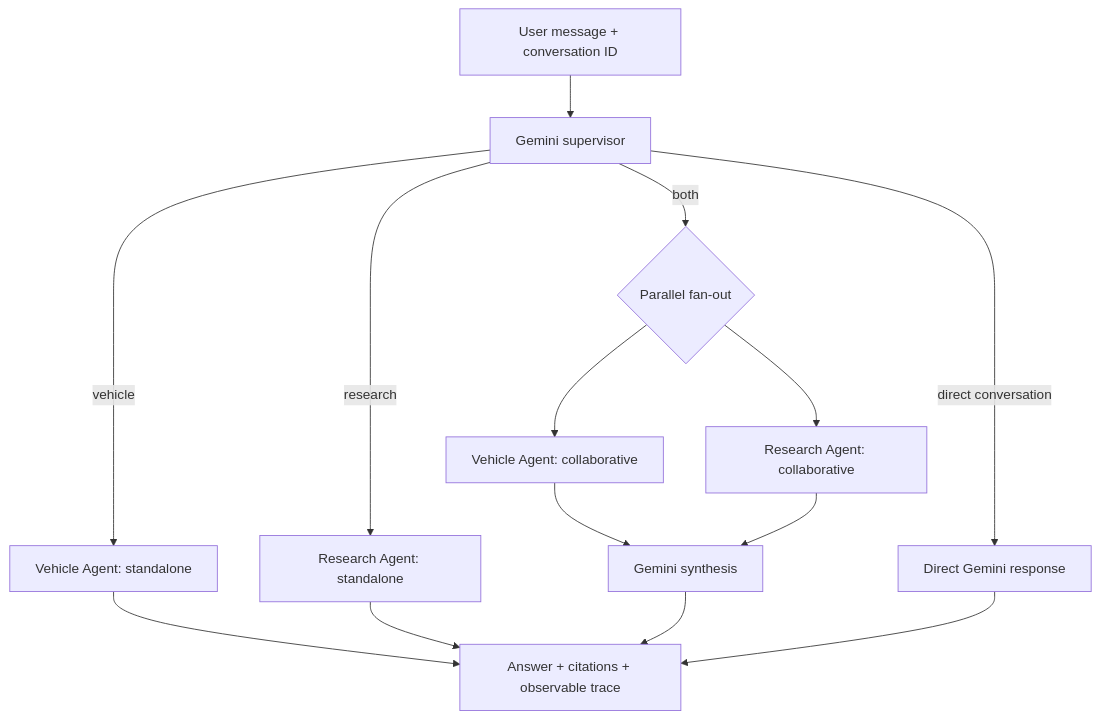
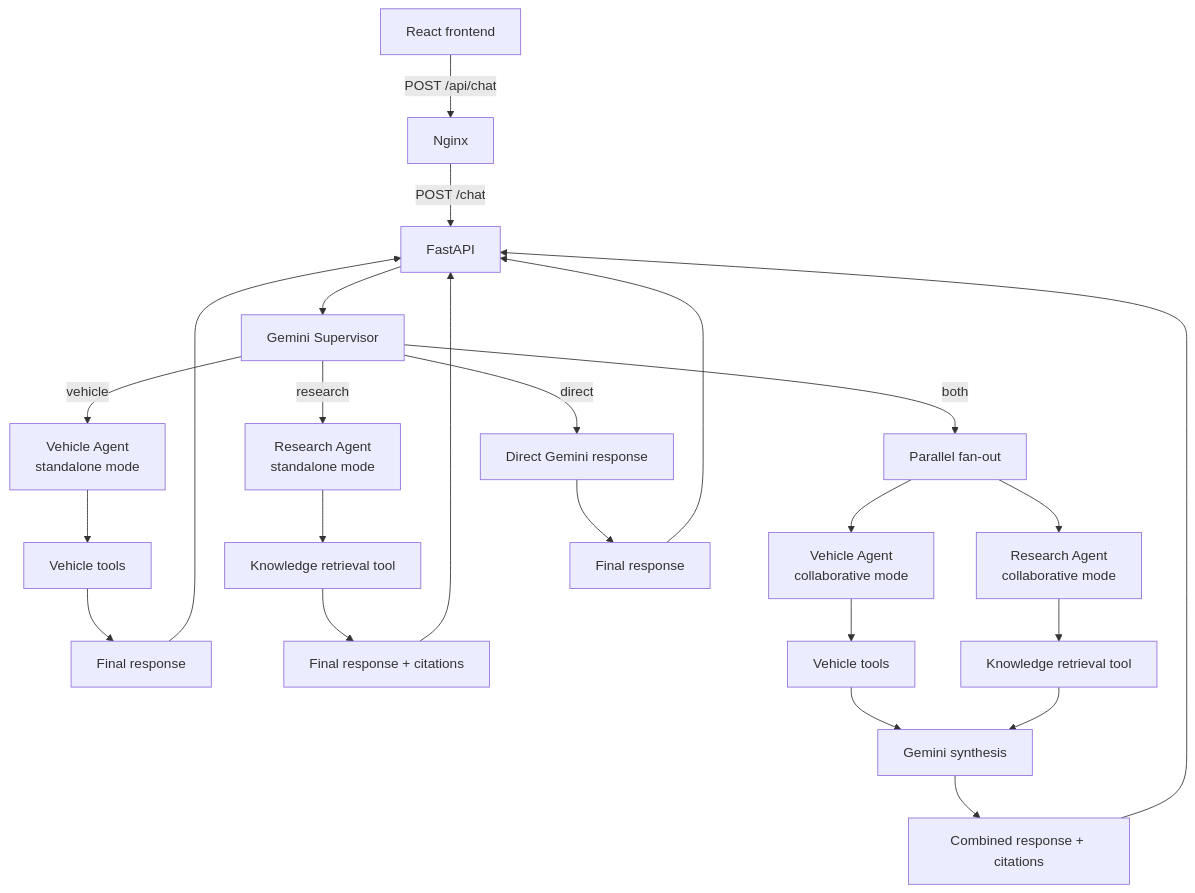
Before and after one commit to Edit-3D/ev-advisor: the diagram in README.md, drawn with Mermaid. The commit also changed other lines of this file and 23 other files, not shown here.

````diff
--- a/README.md
+++ b/README.md
@@ -114,16 +32,30 @@
 ```mermaid
 flowchart TD
-    U[User message + conversation ID] --> S[Gemini supervisor]
-    S -->|vehicle| V[Vehicle Agent: standalone]
-    S -->|research| R[Research Agent: standalone]
-    S -->|both| P{Parallel fan-out}
-    P --> VC[Vehicle Agent: collaborative]
-    P --> RC[Research Agent: collaborative]
-    VC --> Y[Gemini synthesis]
-    RC --> Y
-    S -->|direct conversation| D[Direct Gemini response]
-    V --> A[Answer + citations + observable trace]
-    R --> A
-    Y --> A
-    D --> A
+    UI[React frontend] -->|POST /api/chat| NX[Nginx]
+    NX -->|POST /chat| API[FastAPI]
+    API --> SG[Gemini Supervisor]
+
+    SG -->|vehicle| VA[Vehicle Agent<br/>standalone mode]
+    SG -->|research| RA[Research Agent<br/>standalone mode]
+    SG -->|both| FAN[Parallel fan-out]
+    SG -->|direct| DR[Direct Gemini response]
+
+    VA --> VT[Vehicle tools]
+    RA --> KT[Knowledge retrieval tool]
+    VT --> VF[Final response]
+    KT --> RF[Final response + citations]
+
+    FAN --> VAC[Vehicle Agent<br/>collaborative mode]
+    FAN --> RAC[Research Agent<br/>collaborative mode]
+    VAC --> VTC[Vehicle tools]
+    RAC --> KTC[Knowledge retrieval tool]
+    VTC --> SYN[Gemini synthesis]
+    KTC --> SYN
+    SYN --> CF[Combined response + citations]
+
+    DR --> DF[Final response]
+    VF --> API
+    RF --> API
+    CF --> API
+    DF --> API
 ```
````
